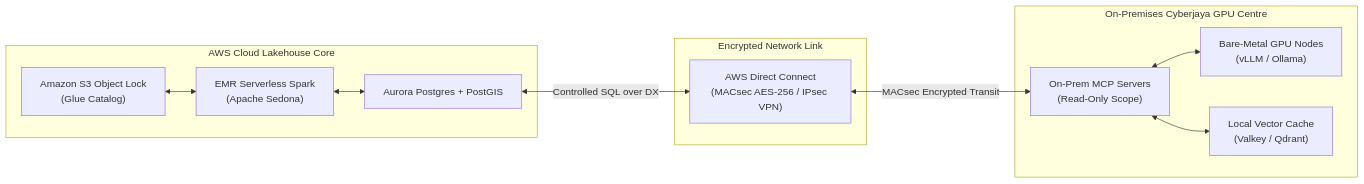
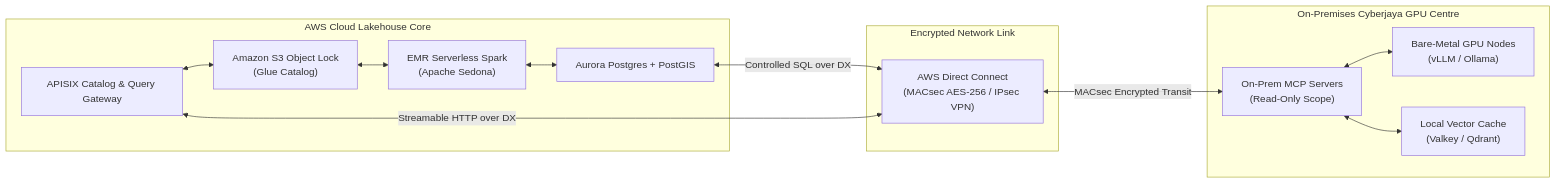
Before and after one commit to linuxmalaysia/bda-ai-infra: the diagram in docs/reference/solution-2-hybrid-ai.md, drawn with Mermaid. The commit also changed 7 other files, not shown here.

First line of the commit message:
docs: complete dual-render diagram alignment, APISIX verb policy, and test_dual_render_diagrams suite

````diff
--- a/docs/reference/solution-2-hybrid-ai.md
+++ b/docs/reference/solution-2-hybrid-ai.md
@@ -103,27 +103,30 @@
 ```mermaid
 flowchart LR
     subgraph Cloud ["AWS Cloud Lakehouse Core"]
         S3["Amazon S3 Object Lock<br/>(Glue Catalog)"]
         EMR["EMR Serverless Spark<br/>(Apache Sedona)"]
         Aurora["Aurora Postgres + PostGIS"]
+        APISIX["APISIX Catalog &amp; Query Gateway"]
     end
 
     subgraph DirectConnect ["Encrypted Network Link"]
         DX["AWS Direct Connect<br/>(MACsec AES-256 / IPsec VPN)"]
     end
 
     subgraph OnPrem ["On-Premises Cyberjaya GPU Centre"]
         GPU["Bare-Metal GPU Nodes<br/>(vLLM / Ollama)"]
         VectorDB["Local Vector Cache<br/>(Valkey / Qdrant)"]
         MCP["On-Prem MCP Servers<br/>(Read-Only Scope)"]
     end
 
     S3 <--> EMR
     EMR <--> Aurora
+    APISIX <--> S3
 
     Aurora <-->|"Controlled SQL over DX"| DX
+    APISIX <-->|"Streamable HTTP over DX"| DX
     DX <-->|"MACsec Encrypted Transit"| MCP
 
     MCP <--> GPU
     MCP <--> VectorDB
 ```
````
